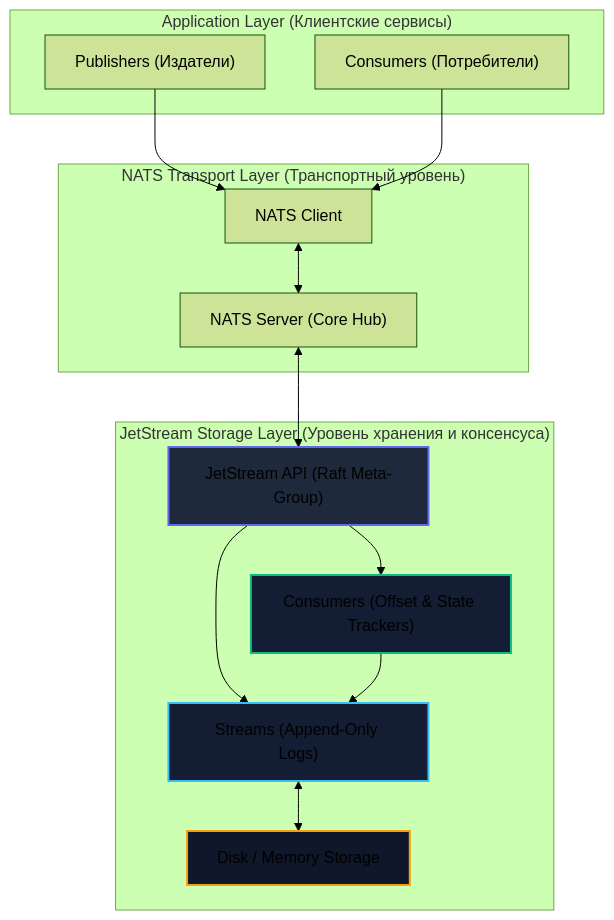
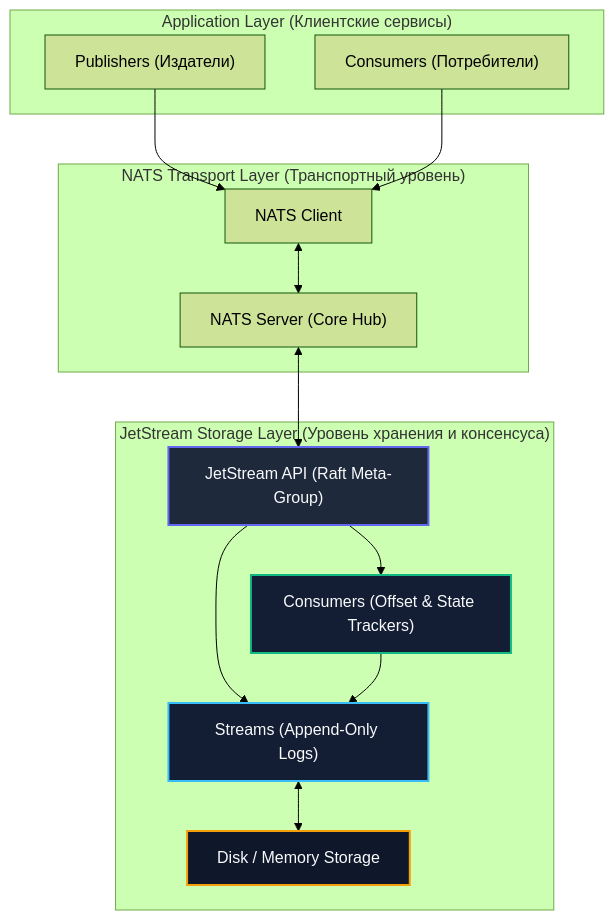
The first of 2 diagrams in sources/13. Очереди, брокеры сообщений и оркестраторы/04. NATS/5. JetStream. Persistence и stream processing.md (UnrealTemplier/go-textbook), drawn with Mermaid (forest theme) before and after one commit. The commit also changed 310 other files, not shown here.

First line of the commit message:
fix(mermaid): replace light fill colors with dark palette for readability on dark theme

````diff
--- a/sources/13. Очереди, брокеры сообщений и оркестраторы/04. NATS/5. JetStream. Persistence и stream processing.md
+++ b/sources/13. Очереди, брокеры сообщений и оркестраторы/04. NATS/5. JetStream. Persistence и stream processing.md
@@ -30,33 +30,33 @@
 ```mermaid
 graph TB
     subgraph "Application Layer (Клиентские сервисы)"
         P["Publishers (Издатели)"]
         C["Consumers (Потребители)"]
     end
     
     subgraph "NATS Transport Layer (Транспортный уровень)"
         NC["NATS Client"]
         NS["NATS Server (Core Hub)"]
     end
     
     subgraph "JetStream Storage Layer (Уровень хранения и консенсуса)"
         JS["JetStream API (Raft Meta-Group)"]
         ST["Streams (Append-Only Logs)"]
         CT["Consumers (Offset & State Trackers)"]
         DS["Disk / Memory Storage"]
     end
     
     P --> NC
     C --> NC
     NC <--> NS
     NS <--> JS
     JS --> ST
     JS --> CT
     ST <--> DS
     CT --> ST
     
-    style JS fill:#1e293b,stroke:#6366f1,stroke-width:2px
-    style ST fill:#131d33,stroke:#38bdf8,stroke-width:2px
-    style CT fill:#131d33,stroke:#10b981,stroke-width:2px
-    style DS fill:#0f172a,stroke:#f59e0b,stroke-width:2px
+    style JS fill:#1e293b,stroke:#6366f1,stroke-width:2px,color:#f8fafc
+    style ST fill:#131d33,stroke:#38bdf8,stroke-width:2px,color:#f8fafc
+    style CT fill:#131d33,stroke:#10b981,stroke-width:2px,color:#f8fafc
+    style DS fill:#0f172a,stroke:#f59e0b,stroke-width:2px,color:#f8fafc
 ```
````
